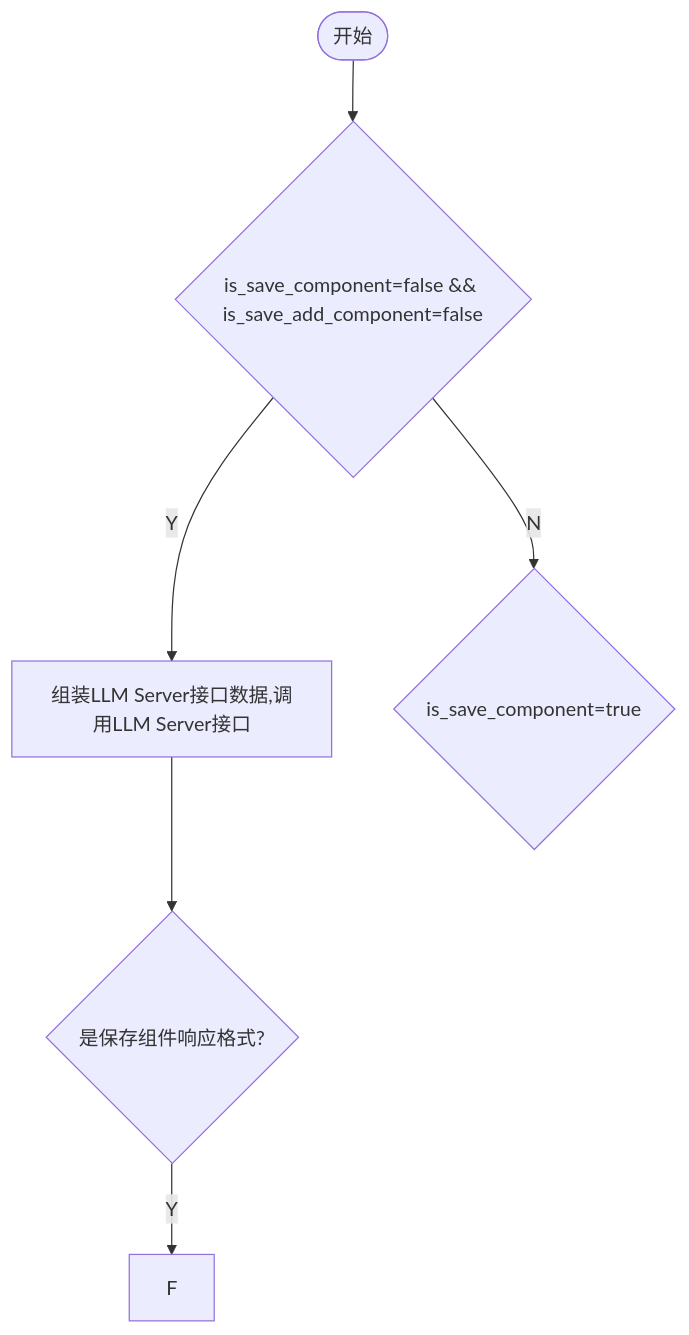
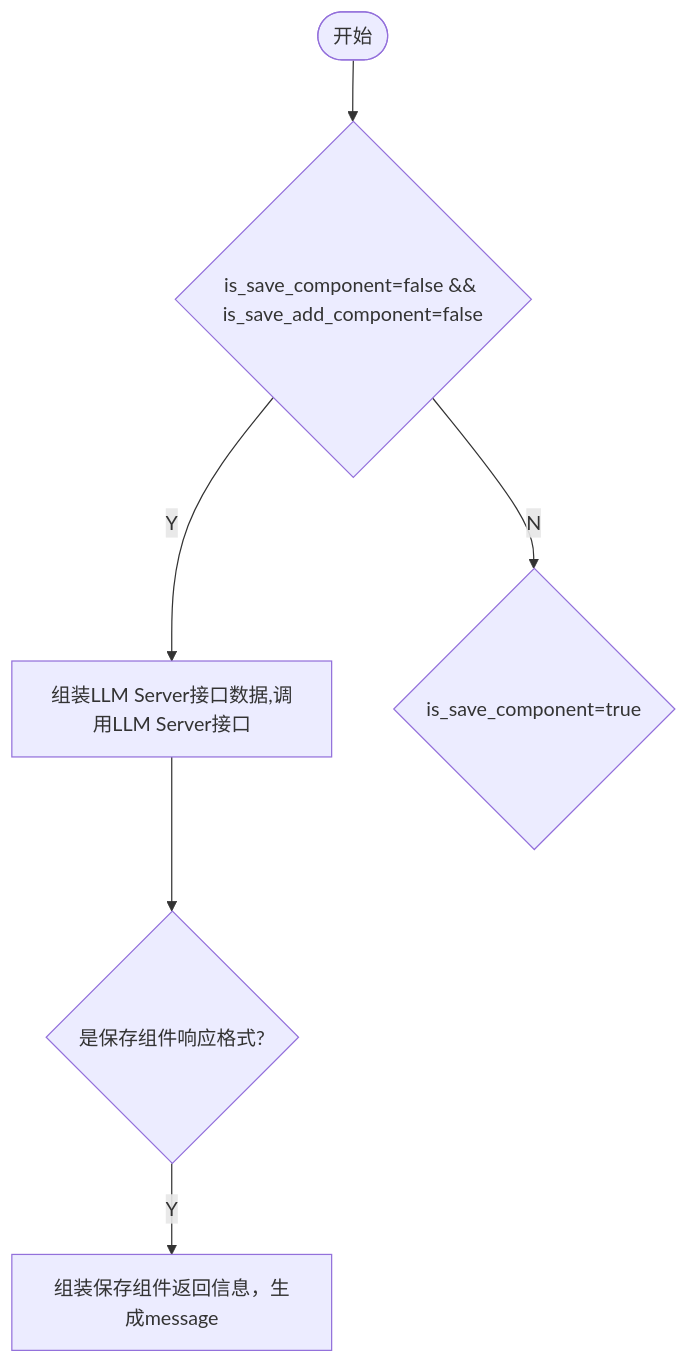
Before and after one commit to yingjianzh/iodraw-files: the diagram in all/未命名-7.md, drawn with Mermaid.

Commit message:
2024-10-12 13:56:03 update

````diff
--- a/all/未命名-7.md
+++ b/all/未命名-7.md
@@ -1,10 +1,10 @@
 ```mermaid
 flowchart TD
     A([开始]) --> B{is_save_component=false && is_save_add_component=false}
     B -- Y --> C[组装LLM Server接口数据,调用LLM Server接口]
     B -- N --> D{is_save_component=true}
     C --> E{是保存组件响应格式?}
-    E -- Y --> F
+    E -- Y --> F[组装保存组件返回信息，生成message]
     
 
 ```
````
